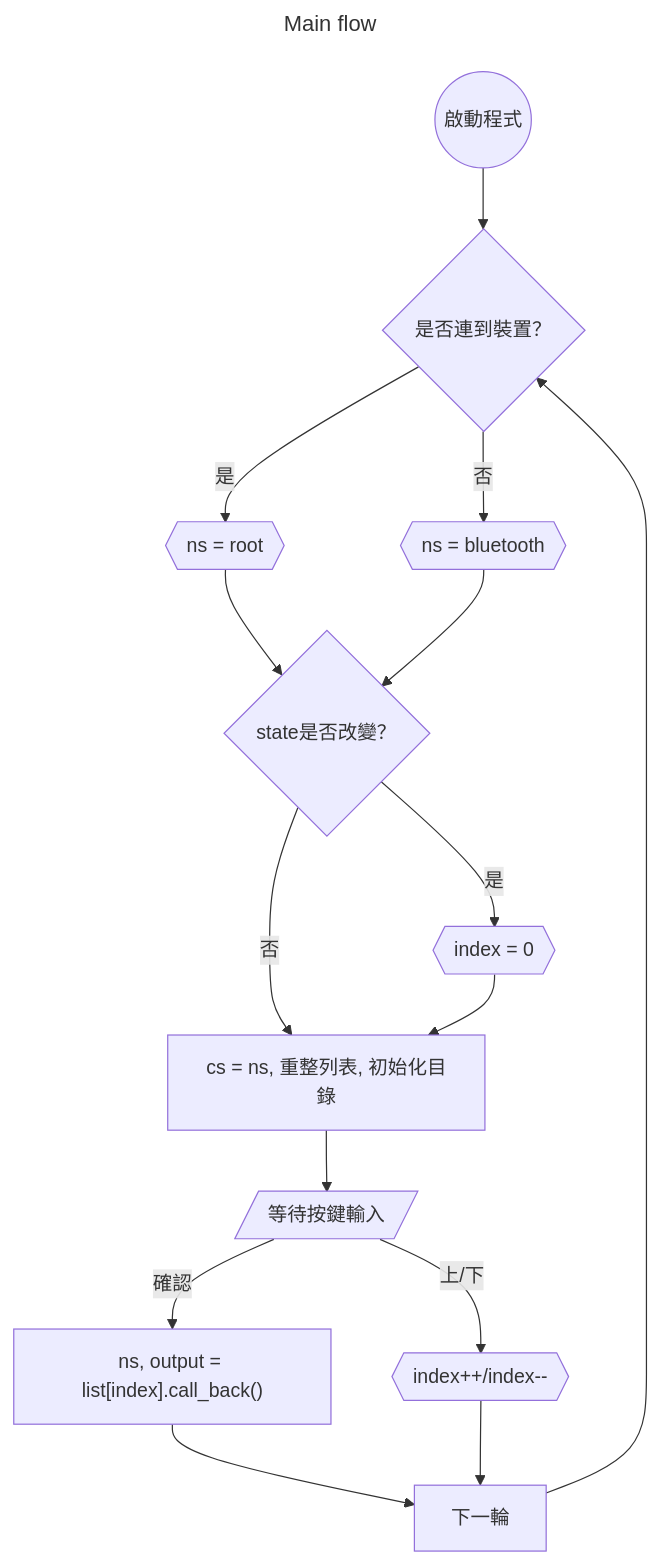
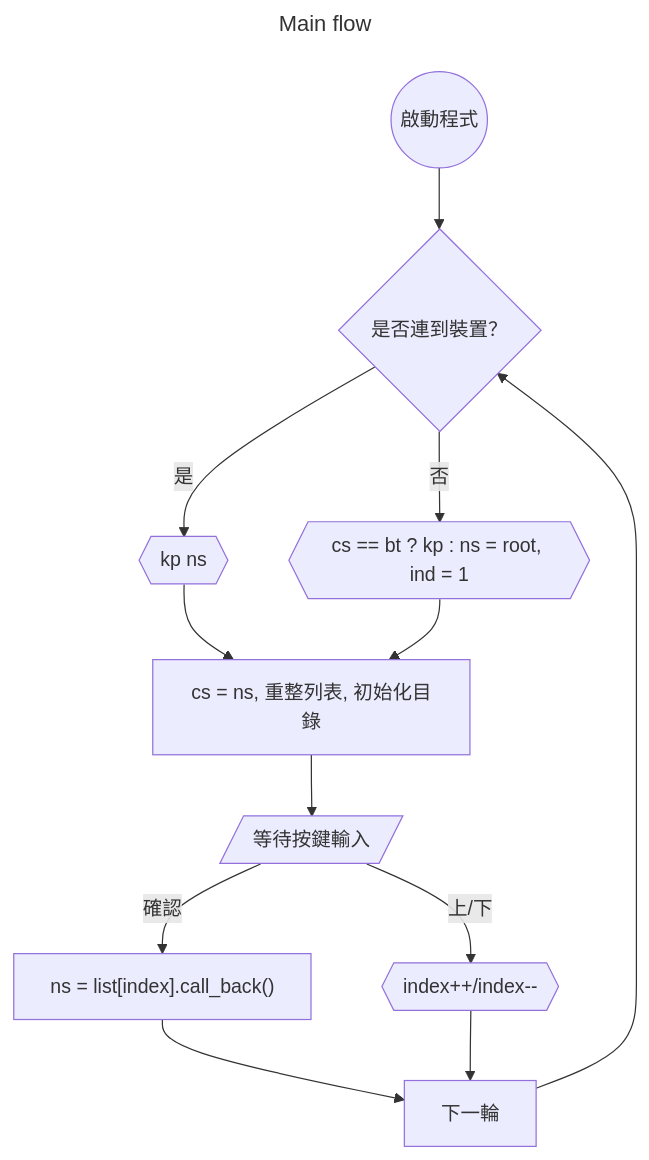
One commit to sunnyshoun/2025-Medical-System-Project changed the first of 2 diagrams in README.md. Above: the diagram before and after it, drawn with Mermaid. The commit also changed other lines of this file and 17 other files, not shown here.

````diff
--- a/README.md
+++ b/README.md
@@ -25,31 +35,26 @@
 ```mermaid
 ---
 title: Main flow
 ---
 flowchart TD
     set0((啟動程式))
     set1{是否連到裝置？}
-    set2{{ns = bluetooth}}
-    set3{{ns = root}}
-    set4{state是否改變？}
-    set5{{index = 0}}
+    set2{{cs == bt ? kp : ns = root, ind = 1}}
+    set3{{kp ns}}
     set6[cs = ns, 重整列表, 初始化目錄]
     act0[/等待按鍵輸入/]
-    act1["ns, output = list[index].call_back()"]
+    act1["ns = list[index].call_back()"]
     act4{{index++/index--}}
     end0[下一輪]
     set0 --> set1
     set1 -- 是 --> set3
     set1 -- 否 --> set2
-    set3 --> set4
-    set2 --> set4
-    set4 -- 是 --> set5
-    set4 -- 否 --> set6
-    set5 --> set6
+    set3 --> set6
+    set2 --> set6
     set6 --> act0
     act0 -- 確認 --> act1
     act0 -- 上/下 --> act4
     act1 --> end0
     act4 --> end0
     end0 --> set1
 ```
````
